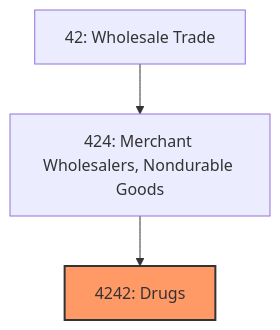
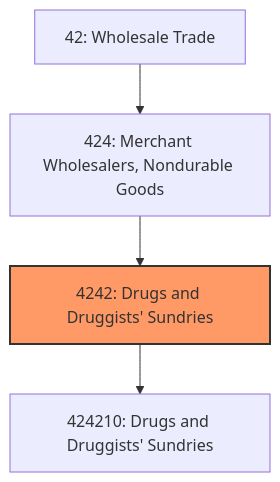
The first of 3 diagrams in industries/Wholesale/MerchantWholesalersNondurableGoods/Drugs/index.mdx (kziemski/business.org.ai), drawn with Mermaid before and after one commit. The commit also changed other lines of this file and 19 other files, not shown here.

First line of the commit message:
feat: enrich industry files and add sequence diagrams to processes

````diff
--- a/industries/Wholesale/MerchantWholesalersNondurableGoods/Drugs/index.mdx
+++ b/industries/Wholesale/MerchantWholesalersNondurableGoods/Drugs/index.mdx
@@ -20,7 +24,8 @@
 ```mermaid
 graph TD
     S42["42: Wholesale Trade"]
     S42 --> N424["424: Merchant Wholesalers, Nondurable Goods"]
-    N424 --> N4242["4242: Drugs"]
+    N424 --> N4242["4242: Drugs and Druggists' Sundries"]
     style N4242 fill:#f96,stroke:#333,stroke-width:2px
+    N4242 --> N424210["424210: Drugs and Druggists' Sundries"]
 ```
````
